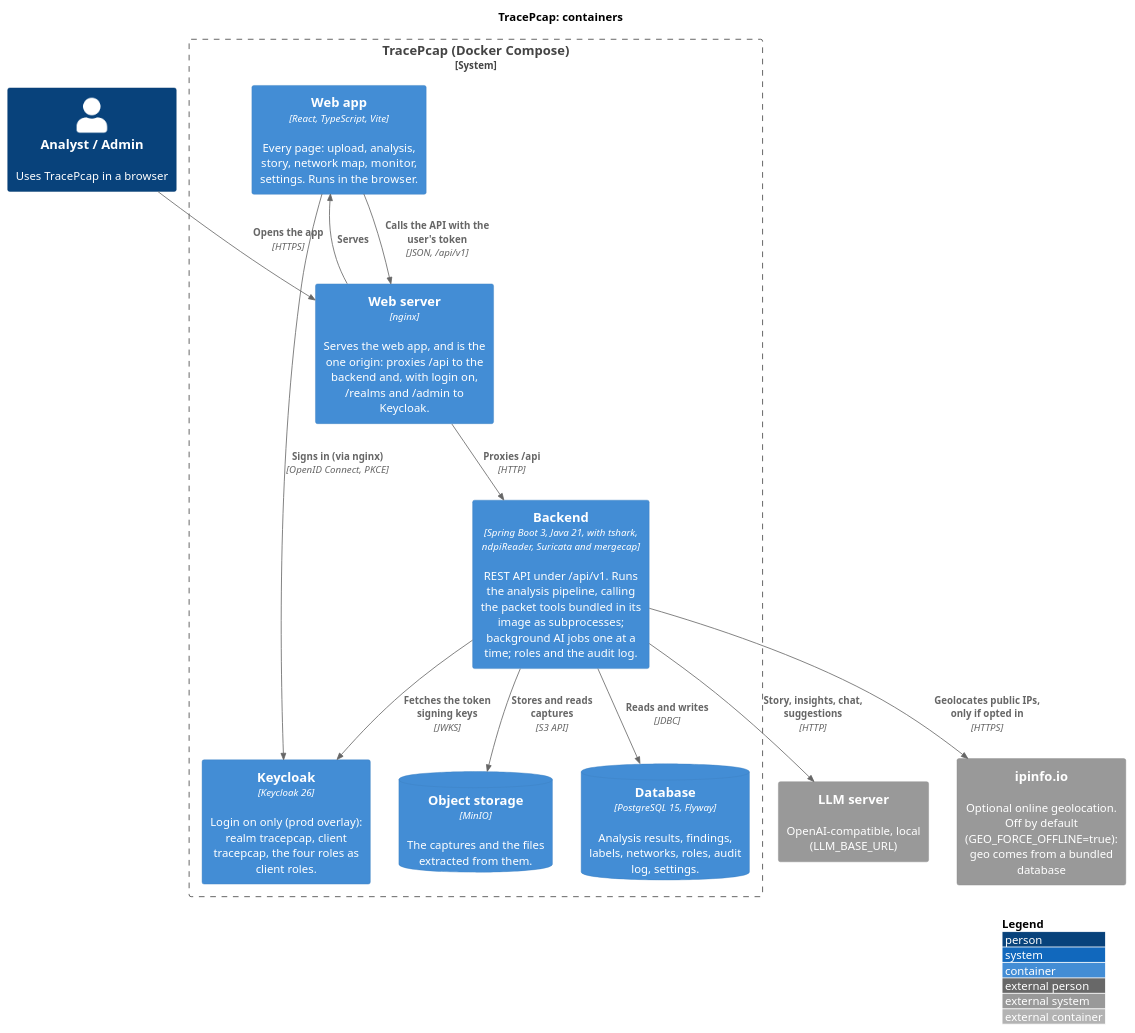
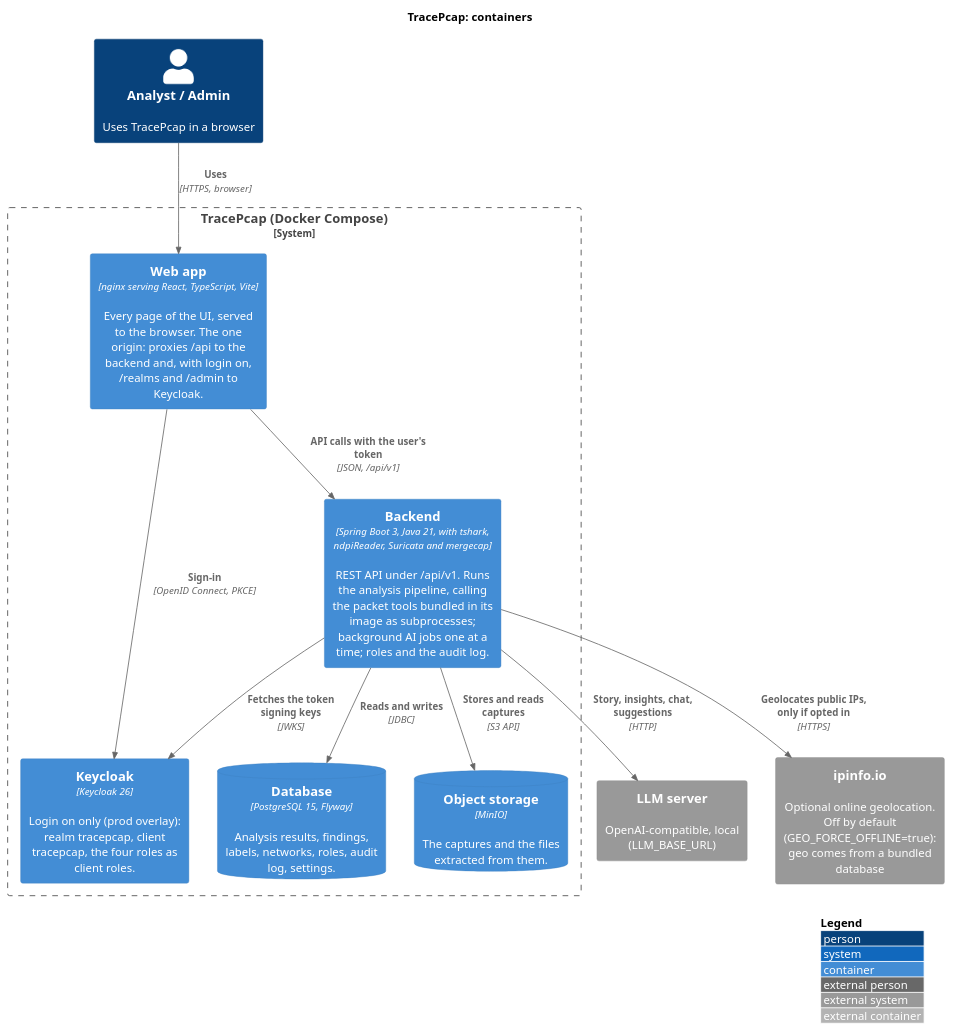
The diagram in docs/architecture/c4/container.puml (NotYuSheng/TracePcap), drawn with PlantUML before and after one commit. The commit also changed 2 other files, not shown here.

Commit message:
docs: C4 draws one box per Docker container; the React app and nginx are one 'Web app'
The UI ships inside the nginx image, so the diagram matches what docker compose runs. The page
notes that strict C4 would draw the in-browser app as its own container.

```diff
--- a/docs/architecture/c4/container.puml
+++ b/docs/architecture/c4/container.puml
@@ -1,34 +1,33 @@
 @startuml container
 ' TracePcap: C4 level 2, containers. Render: scripts/render-diagrams.sh
 ' What runs where: docker-compose.yml (base stack), plus docker-compose.prod.yml for login on.
+' One box per Docker container, on purpose: the React app ships inside the nginx image, so it's
+' drawn with nginx rather than as its own (in-browser) C4 container.
 !include <C4/C4_Container>
 
 LAYOUT_WITH_LEGEND()
 title TracePcap: containers
 
 Person(analyst, "Analyst / Admin", "Uses TracePcap in a browser")
 
 System_Boundary(tracepcap, "TracePcap (Docker Compose)") {
-  Container(spa, "Web app", "React, TypeScript, Vite", "Every page: upload, analysis, story, network map, monitor, settings. Runs in the browser.")
-  Container(nginx, "Web server", "nginx", "Serves the web app, and is the one origin: proxies /api to the backend and, with login on, /realms and /admin to Keycloak.")
+  Container(web, "Web app", "nginx serving React, TypeScript, Vite", "Every page of the UI, served to the browser. The one origin: proxies /api to the backend and, with login on, /realms and /admin to Keycloak.")
   Container(backend, "Backend", "Spring Boot 3, Java 21, with tshark, ndpiReader, Suricata and mergecap", "REST API under /api/v1. Runs the analysis pipeline, calling the packet tools bundled in its image as subprocesses; background AI jobs one at a time; roles and the audit log.")
   ContainerDb(postgres, "Database", "PostgreSQL 15, Flyway", "Analysis results, findings, labels, networks, roles, audit log, settings.")
   ContainerDb(minio, "Object storage", "MinIO", "The captures and the files extracted from them.")
   Container(keycloak, "Keycloak", "Keycloak 26", "Login on only (prod overlay): realm tracepcap, client tracepcap, the four roles as client roles.")
 }
 
 System_Ext(llm, "LLM server", "OpenAI-compatible, local (LLM_BASE_URL)")
 System_Ext(ipinfo, "ipinfo.io", "Optional online geolocation. Off by default (GEO_FORCE_OFFLINE=true): geo comes from a bundled database")
 
-Rel(analyst, nginx, "Opens the app", "HTTPS")
-Rel(nginx, spa, "Serves")
-Rel(spa, nginx, "Calls the API with the user's token", "JSON, /api/v1")
-Rel(spa, keycloak, "Signs in (via nginx)", "OpenID Connect, PKCE")
-Rel(nginx, backend, "Proxies /api", "HTTP")
+Rel(analyst, web, "Uses", "HTTPS, browser")
+Rel(web, backend, "API calls with the user's token", "JSON, /api/v1")
+Rel(web, keycloak, "Sign-in", "OpenID Connect, PKCE")
 Rel(backend, keycloak, "Fetches the token signing keys", "JWKS")
 Rel(backend, postgres, "Reads and writes", "JDBC")
 Rel(backend, minio, "Stores and reads captures", "S3 API")
 Rel(backend, llm, "Story, insights, chat, suggestions", "HTTP")
 Rel(backend, ipinfo, "Geolocates public IPs, only if opted in", "HTTPS")
 
 @enduml
```
